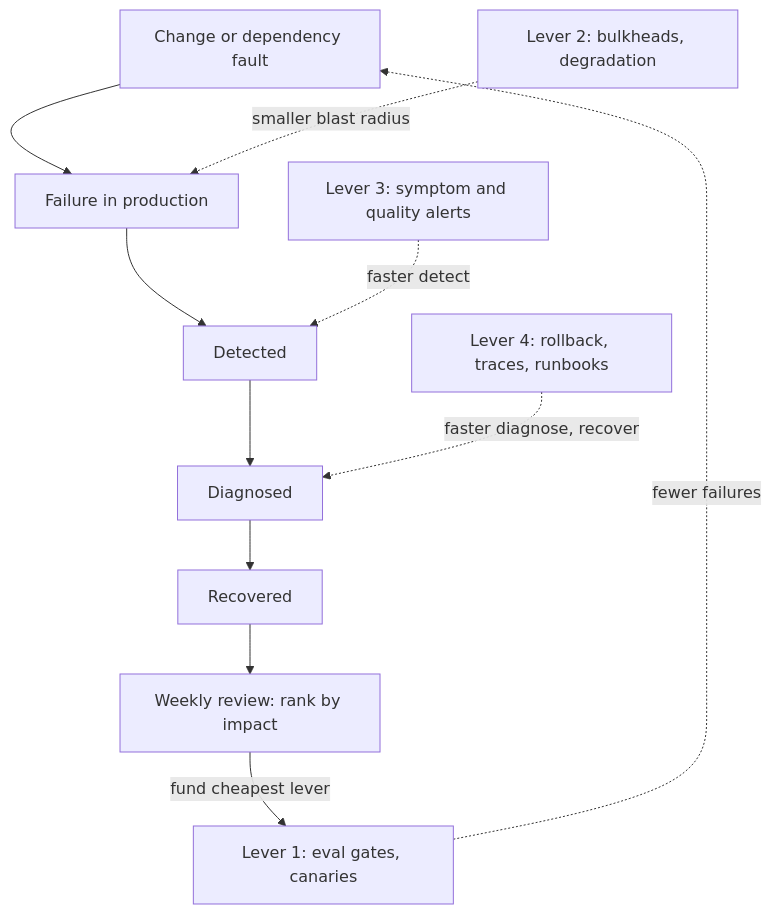
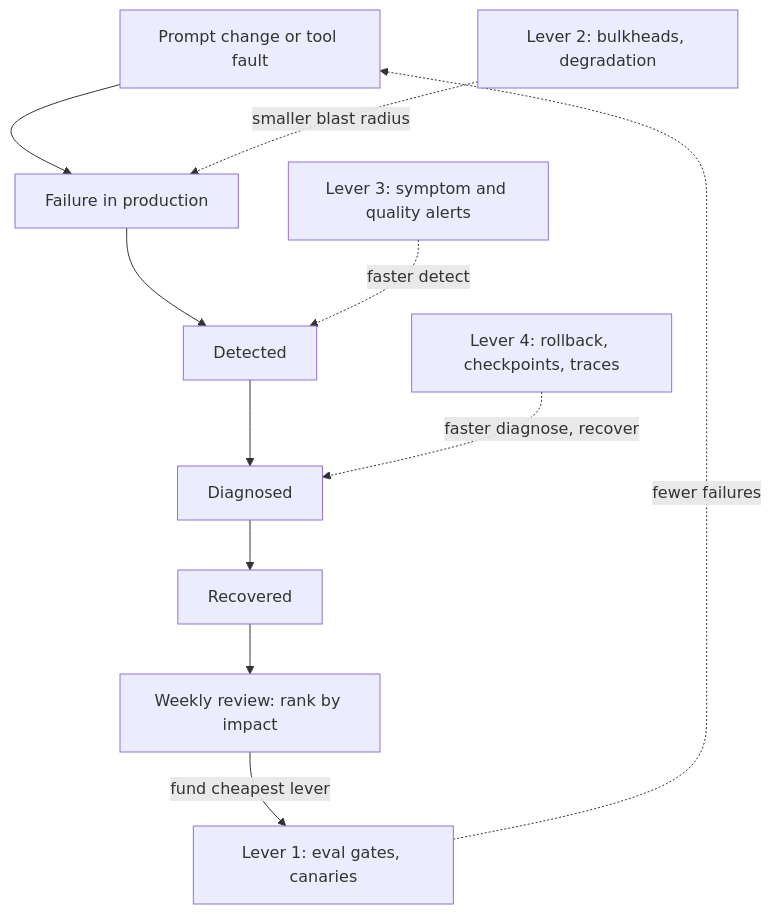
One commit to lovishmahajan97/agentic-learning changed the diagram in content/delivery-ownership/system-reliability.md. Above: the diagram before and after it, drawn with Mermaid. The commit also changed other lines of this file and 454 other files, not shown here.

````diff
--- a/content/delivery-ownership/system-reliability.md
+++ b/content/delivery-ownership/system-reliability.md
@@ -130,13 +159,13 @@
 ```mermaid
 flowchart TD
-    C["Change or dependency fault"] --> F["Failure in production"]
+    C["Prompt change or tool fault"] --> F["Failure in production"]
     F --> D["Detected"]
     D --> G["Diagnosed"]
     G --> R["Recovered"]
     L1["Lever 1: eval gates, canaries"] -.->|"fewer failures"| C
     L2["Lever 2: bulkheads, degradation"] -.->|"smaller blast radius"| F
     L3["Lever 3: symptom and quality alerts"] -.->|"faster detect"| D
-    L4["Lever 4: rollback, traces, runbooks"] -.->|"faster diagnose, recover"| G
+    L4["Lever 4: rollback, checkpoints, traces"] -.->|"faster diagnose, recover"| G
     R --> W["Weekly review: rank by impact"]
     W -->|"fund cheapest lever"| L1
 ```
````
